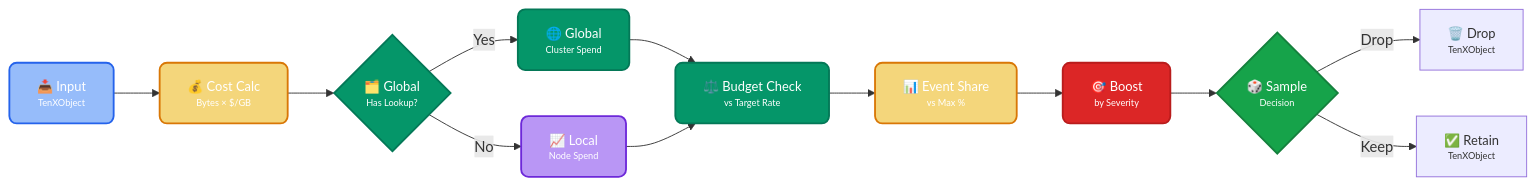
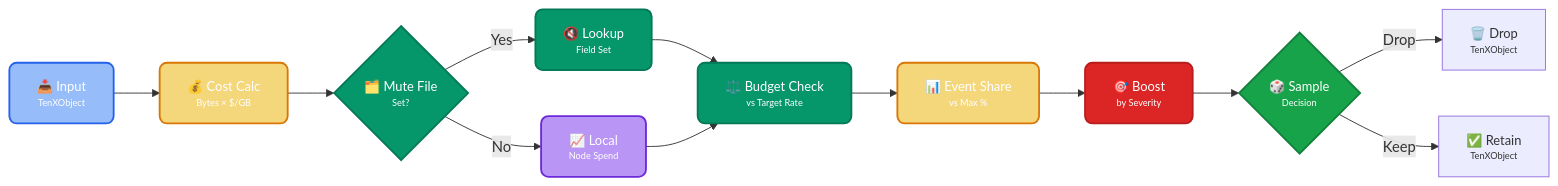
The diagram in pipelines/run/modules/regulate/rate/doc.md (log-10x/modules), drawn with Mermaid before and after one commit. The commit also changed other lines of this file and 194 other files, not shown here.

````diff
--- a/pipelines/run/modules/regulate/rate/doc.md
+++ b/pipelines/run/modules/regulate/rate/doc.md
@@ -79,28 +90,28 @@
 ```mermaid
 graph LR
     A["<div style='font-size: 14px;'>📥 Input</div><div style='font-size: 10px; text-align: center;'>TenXObject</div>"] --> B["<div style='font-size: 14px;'>💰 Cost Calc</div><div style='font-size: 10px; text-align: center;'>Bytes × $/GB</div>"]
-    B --> C{"<div style='font-size: 14px;'>🗂️ Global</div><div style='font-size: 10px; text-align: center;'>Has Lookup?</div>"}
-    C -->|Yes| D["<div style='font-size: 14px;'>🌐 Global</div><div style='font-size: 10px; text-align: center;'>Cluster Spend</div>"]
+    B --> C{"<div style='font-size: 14px;'>🗂️ Mute File</div><div style='font-size: 10px; text-align: center;'>Set?</div>"}
+    C -->|Yes| D["<div style='font-size: 14px;'>🔇 Lookup</div><div style='font-size: 10px; text-align: center;'>Field Set</div>"]
     C -->|No| E["<div style='font-size: 14px;'>📈 Local</div><div style='font-size: 10px; text-align: center;'>Node Spend</div>"]
     D --> F["<div style='font-size: 14px;'>⚖️ Budget Check</div><div style='font-size: 10px; text-align: center;'>vs Target Rate</div>"]
     E --> F
     F --> G["<div style='font-size: 14px;'>📊 Event Share</div><div style='font-size: 10px; text-align: center;'>vs Max %</div>"]
     G --> H["<div style='font-size: 14px;'>🎯 Boost</div><div style='font-size: 10px; text-align: center;'>by Severity</div>"]
     H --> I{"<div style='font-size: 14px;'>🎲 Sample</div><div style='font-size: 10px; text-align: center;'>Decision</div>"}
     I -->|Drop| J["<div style='font-size: 14px;'>🗑️ Drop</div><div style='font-size: 10px; text-align: center;'>TenXObject</div>"]
     I -->|Keep| K["<div style='font-size: 14px;'>✅ Retain</div><div style='font-size: 10px; text-align: center;'>TenXObject</div>"]
     
     classDef input fill:#3b82f688,stroke:#2563eb,color:#ffffff,stroke-width:2px,rx:8,ry:8
     classDef decision fill:#eab30888,stroke:#d97706,color:#ffffff,stroke-width:2px,rx:8,ry:8
     classDef process fill:#059669,stroke:#047857,color:#ffffff,stroke-width:2px,rx:8,ry:8
     classDef rate fill:#7c3aed88,stroke:#6d28d9,color:#ffffff,stroke-width:2px,rx:8,ry:8
     classDef retain fill:#16a34a,stroke:#15803d,color:#ffffff,stroke-width:2px,rx:8,ry:8
     classDef drop fill:#dc2626,stroke:#b91c1c,color:#ffffff,stroke-width:2px,rx:8,ry:8
     
     class A input
     class B,G decision
     class C,D,F process
     class E rate
     class I retain
     class H drop
 ```
````
